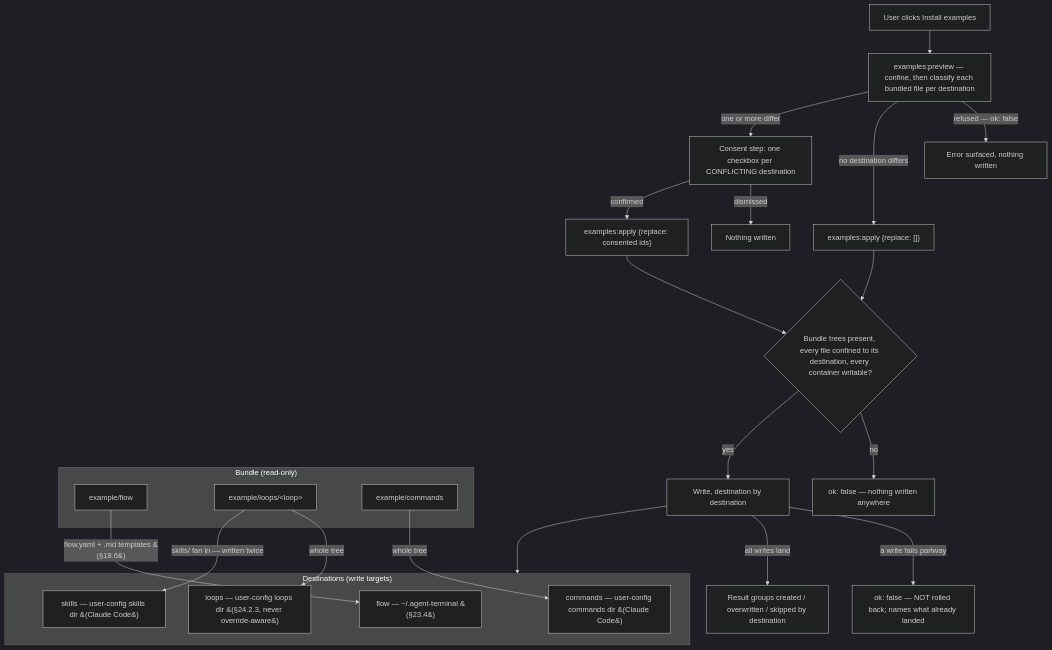
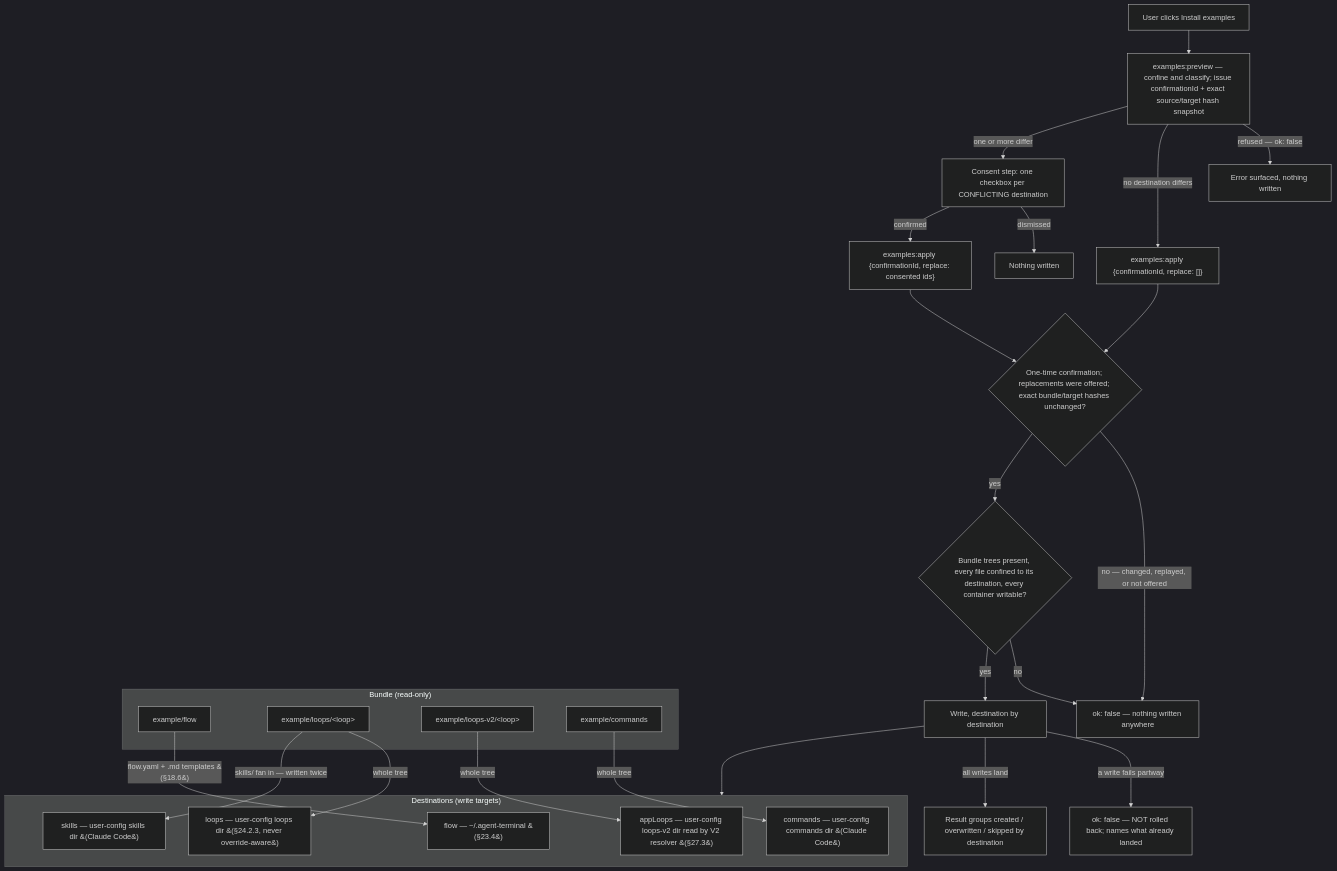
The diagram in docs/spec/18-flow-definitions-flow-yaml.md (dylanb/agent-terminal), drawn with Mermaid (dark theme) before and after one commit. The commit also changed other lines of this file and 18 other files, not shown here.

````diff
--- a/docs/spec/18-flow-definitions-flow-yaml.md
+++ b/docs/spec/18-flow-definitions-flow-yaml.md
@@ -18,34 +18,39 @@
 ```mermaid
 flowchart TD
-  CLICK["User clicks Install examples"] --> PREVIEW["examples:preview — confine, then classify each bundled file per destination"]
+  CLICK["User clicks Install examples"] --> PREVIEW["examples:preview — confine and classify; issue confirmationId + exact source/target hash snapshot"]
   PREVIEW -->|"refused — ok: false"| PERR["Error surfaced, nothing written"]
-  PREVIEW -->|"no destination differs"| APPLY["examples:apply {replace: []}"]
+  PREVIEW -->|"no destination differs"| APPLY["examples:apply {confirmationId, replace: []}"]
   PREVIEW -->|"one or more differ"| CONSENT["Consent step: one checkbox per CONFLICTING destination"]
   CONSENT -->|"dismissed"| NOOP["Nothing written"]
-  CONSENT -->|"confirmed"| APPLY2["examples:apply {replace: consented ids}"]
-  APPLY --> GATE{"Bundle trees present, every file confined to its destination, every container writable?"}
-  APPLY2 --> GATE
+  CONSENT -->|"confirmed"| APPLY2["examples:apply {confirmationId, replace: consented ids}"]
+  APPLY --> VERIFY{"One-time confirmation; replacements were offered; exact bundle/target hashes unchanged?"}
+  APPLY2 --> VERIFY
+  VERIFY -->|"no — changed, replayed, or not offered"| REFUSE
+  VERIFY -->|"yes"| GATE{"Bundle trees present, every file confined to its destination, every container writable?"}
   GATE -->|"no"| REFUSE["ok: false — nothing written anywhere"]
   GATE -->|"yes"| WRITE["Write, destination by destination"]
   WRITE -->|"a write fails partway"| PARTIAL["ok: false — NOT rolled back; names what already landed"]
   WRITE -->|"all writes land"| RESULT["Result groups created / overwritten / skipped by destination"]
 
   subgraph BUNDLE["Bundle (read-only)"]
     BF["example/flow"]
     BL["example/loops/&lt;loop&gt;"]
+    BV["example/loops-v2/&lt;loop&gt;"]
     BC["example/commands"]
   end
 
   subgraph DEST["Destinations (write targets)"]
     DF["flow — ~/.agent-terminal &#40;§23.4&#41;"]
     DL["loops — user-config loops dir &#40;§24.2.3, never override-aware&#41;"]
+    DV["appLoops — user-config loops-v2 dir read by V2 resolver &#40;§27.3&#41;"]
     DS["skills — user-config skills dir &#40;Claude Code&#41;"]
     DC["commands — user-config commands dir &#40;Claude Code&#41;"]
   end
 
   WRITE --> DEST
   BF -->|"flow.yaml + .md templates &#40;§18.6&#41;"| DF
   BL -->|"whole tree"| DL
+  BV -->|"whole tree"| DV
   BL -->|"skills/ fan in — written twice"| DS
   BC -->|"whole tree"| DC
 ```
````
